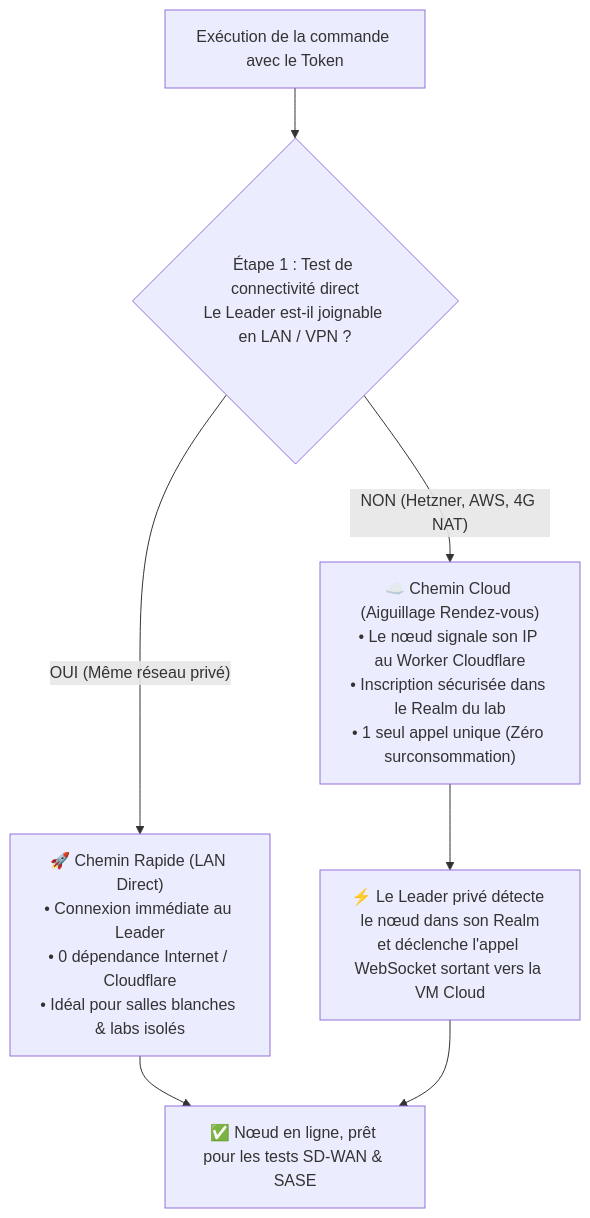
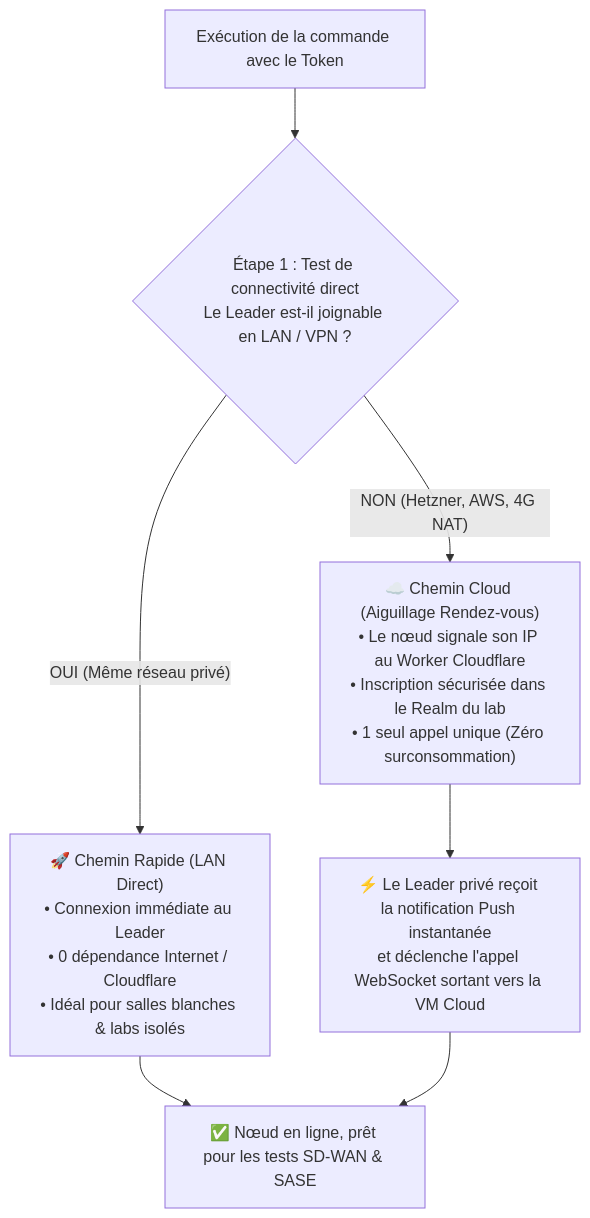
The first of 2 diagrams in PRD/PRD_MAGIC_JOIN_UNIVERSAL_ONBOARDING.md (jsuzanne/stigix), drawn with Mermaid before and after one commit. The commit also changed other lines of this file and 1 other file, not shown here.

Commit message:
docs(prd): add Section 4.2 real-time push listen channel to Magic Join PRD

````diff
--- a/PRD/PRD_MAGIC_JOIN_UNIVERSAL_ONBOARDING.md
+++ b/PRD/PRD_MAGIC_JOIN_UNIVERSAL_ONBOARDING.md
@@ -79,13 +80,13 @@
 ```mermaid
 flowchart TD
     Start["Exécution de la commande avec le Token"] --> Step1{"Étape 1 : Test de connectivité direct<br/>Le Leader est-il joignable en LAN / VPN ?"}
     
     Step1 -- "OUI (Même réseau privé)" --> FastPath["🚀 Chemin Rapide (LAN Direct)<br/>• Connexion immédiate au Leader<br/>• 0 dépendance Internet / Cloudflare<br/>• Idéal pour salles blanches & labs isolés"]
     
     Step1 -- "NON (Hetzner, AWS, 4G NAT)" --> CloudPath["☁️ Chemin Cloud (Aiguillage Rendez-vous)<br/>• Le nœud signale son IP au Worker Cloudflare<br/>• Inscription sécurisée dans le Realm du lab<br/>• 1 seul appel unique (Zéro surconsommation)"]
     
-    CloudPath --> DialM6["⚡ Le Leader privé détecte le nœud dans son Realm<br/>et déclenche l'appel WebSocket sortant vers la VM Cloud"]
+    CloudPath --> DialM6["⚡ Le Leader privé reçoit la notification Push instantanée<br/>et déclenche l'appel WebSocket sortant vers la VM Cloud"]
     
     FastPath --> Done["✅ Nœud en ligne, prêt pour les tests SD-WAN & SASE"]
     DialM6 --> Done
 ```
````
